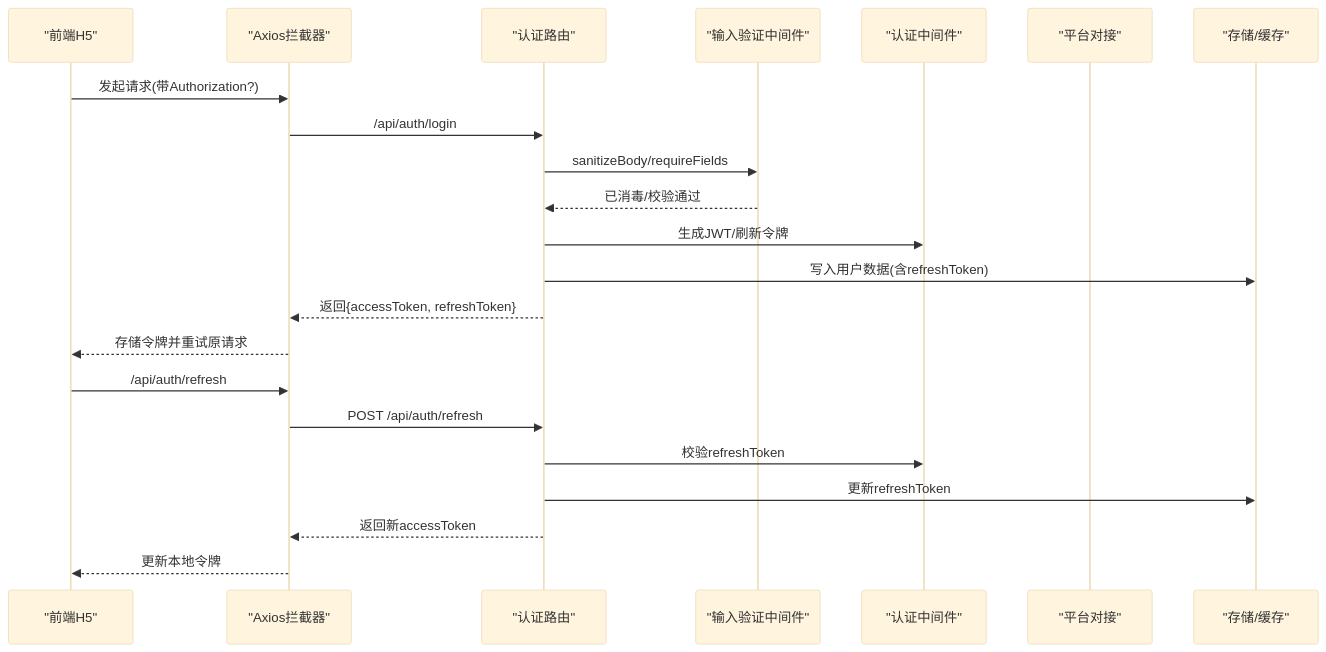
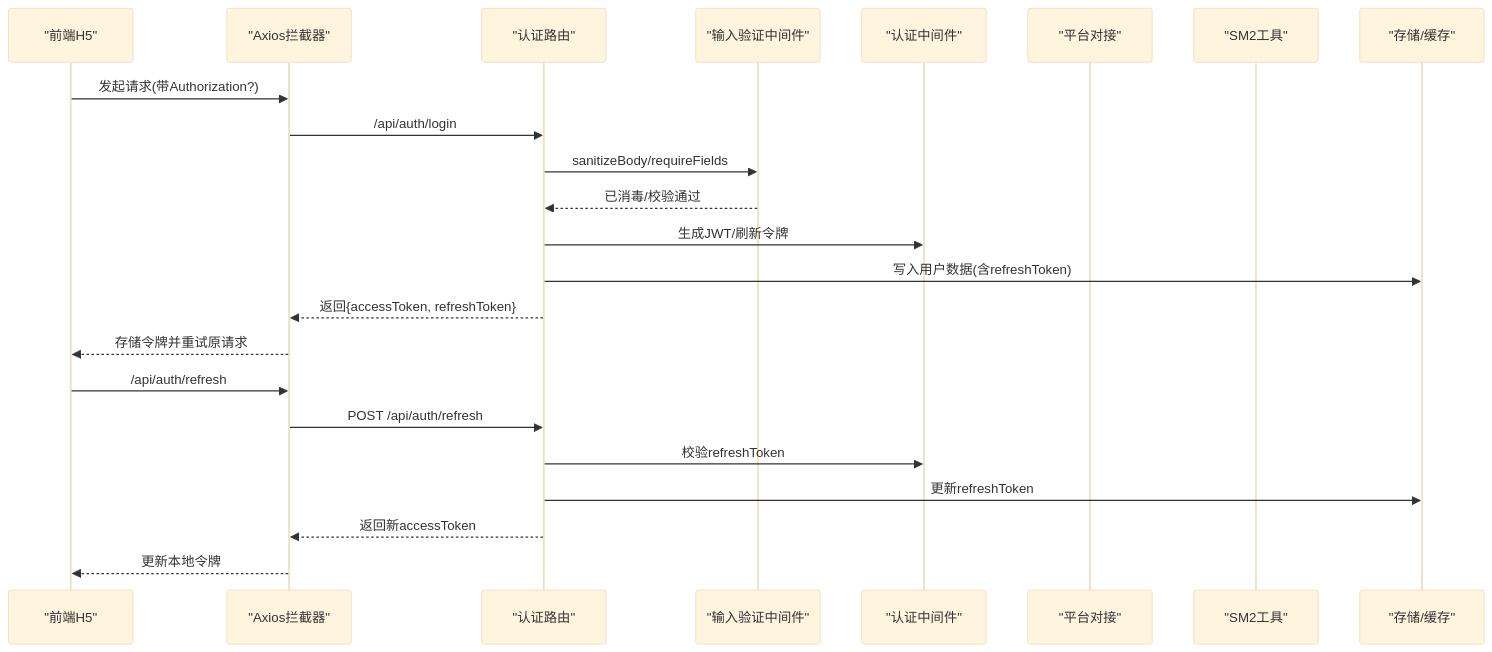
One commit to Giraffe-Han/microAPP changed the second of 9 diagrams in .qoder/repowiki/zh/content/安全与权限/安全与权限.md. Above: the diagram before and after it, drawn with Mermaid (base theme). The commit also changed other lines of this file and 10 other files, not shown here.

````diff
--- a/.qoder/repowiki/zh/content/安全与权限/安全与权限.md
+++ b/.qoder/repowiki/zh/content/安全与权限/安全与权限.md
@@ -131,24 +149,25 @@
 ```mermaid
 sequenceDiagram
 participant FE as "前端H5"
 participant HTTP as "Axios拦截器"
 participant AUTH as "认证路由"
 participant VAL as "输入验证中间件"
 participant AUTHMW as "认证中间件"
 participant SSO as "平台对接"
+participant UTILS as "SM2工具"
 participant STORE as "存储/缓存"
 FE->>HTTP : 发起请求(带Authorization?)
 HTTP->>AUTH : /api/auth/login
 AUTH->>VAL : sanitizeBody/requireFields
 VAL-->>AUTH : 已消毒/校验通过
 AUTH->>AUTHMW : 生成JWT/刷新令牌
 AUTH->>STORE : 写入用户数据(含refreshToken)
 AUTH-->>HTTP : 返回{accessToken, refreshToken}
 HTTP-->>FE : 存储令牌并重试原请求
 FE->>HTTP : /api/auth/refresh
 HTTP->>AUTH : POST /api/auth/refresh
 AUTH->>AUTHMW : 校验refreshToken
 AUTH->>STORE : 更新refreshToken
 AUTH-->>HTTP : 返回新accessToken
 HTTP-->>FE : 更新本地令牌
 ```
````
